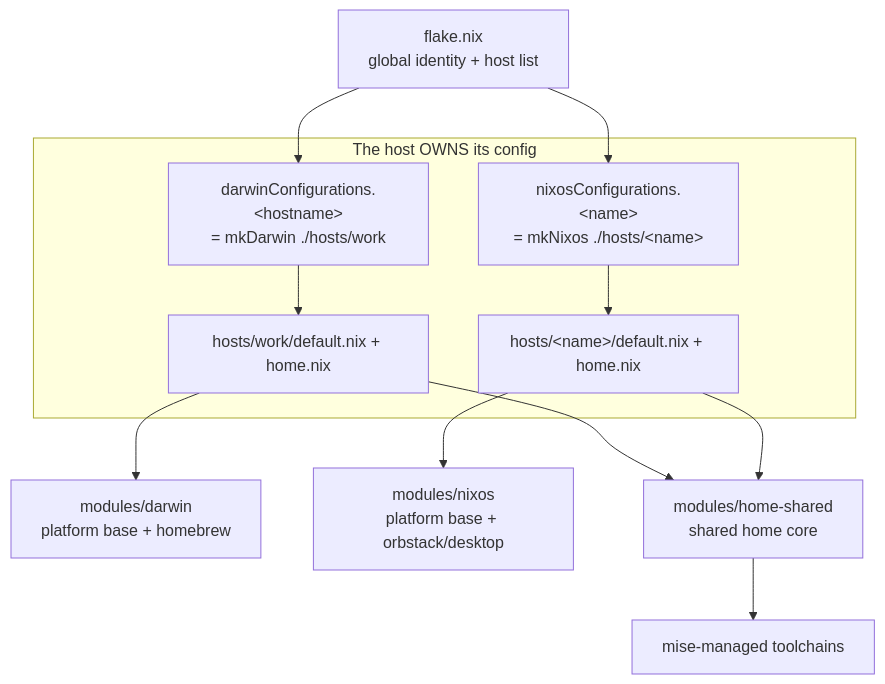
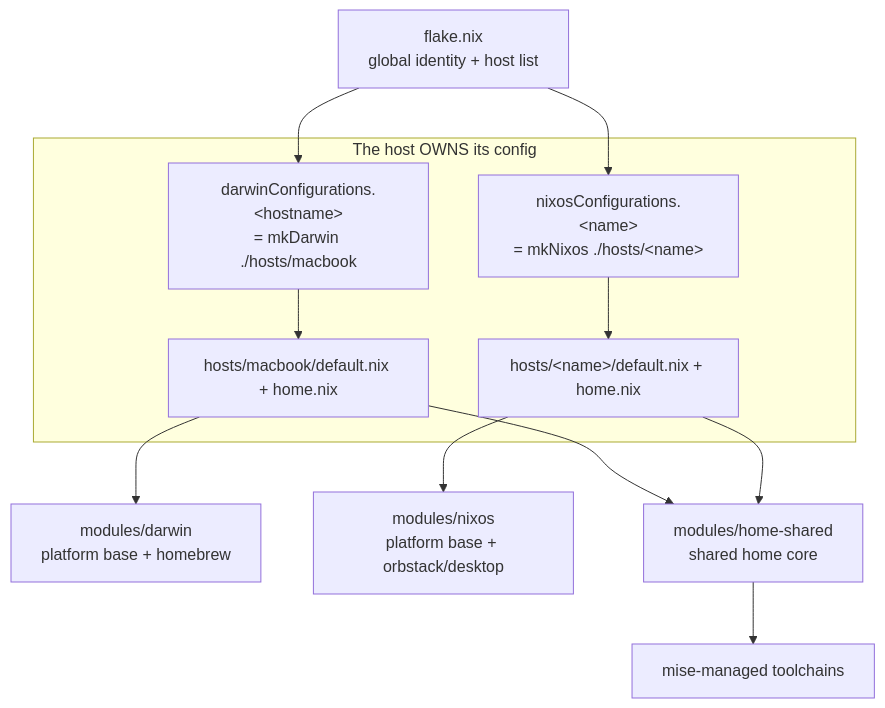
The diagram in docs/architecture.md (hahunavth/nix-config), drawn with Mermaid before and after one commit. The commit also changed 9 other files, not shown here.

First line of the commit message:
refactor: rename hosts/work -> hosts/macbook

````diff
--- a/docs/architecture.md
+++ b/docs/architecture.md
@@ -7,17 +7,17 @@
 ```mermaid
 flowchart TD
   FLK[flake.nix<br/>global identity + host list]
-  FLK --> DC["darwinConfigurations.&lt;hostname&gt;<br/>= mkDarwin ./hosts/work"]
+  FLK --> DC["darwinConfigurations.&lt;hostname&gt;<br/>= mkDarwin ./hosts/macbook"]
   FLK --> NC["nixosConfigurations.&lt;name&gt;<br/>= mkNixos ./hosts/&lt;name&gt;"]
 
   subgraph "The host OWNS its config"
-    DC --> HW1[hosts/work/default.nix + home.nix]
+    DC --> HW1[hosts/macbook/default.nix + home.nix]
     NC --> HW2[hosts/&lt;name&gt;/default.nix + home.nix]
   end
 
   HW1 --> PD[modules/darwin<br/>platform base + homebrew]
   HW2 --> PN[modules/nixos<br/>platform base + orbstack/desktop]
   HW1 --> HMS[modules/home-shared<br/>shared home core]
   HW2 --> HMS
   HMS --> MISE[mise-managed toolchains]
 ```
````
